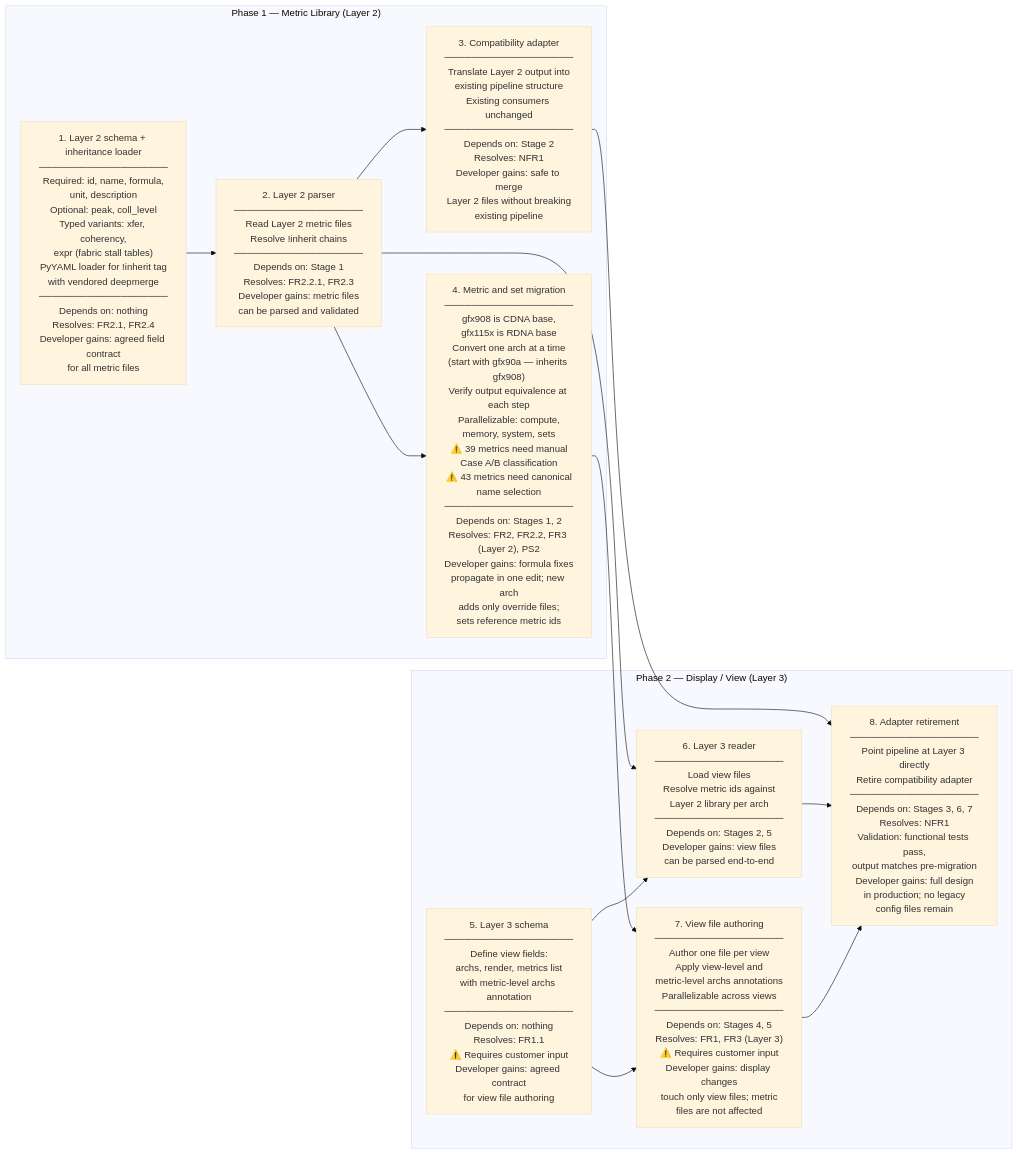
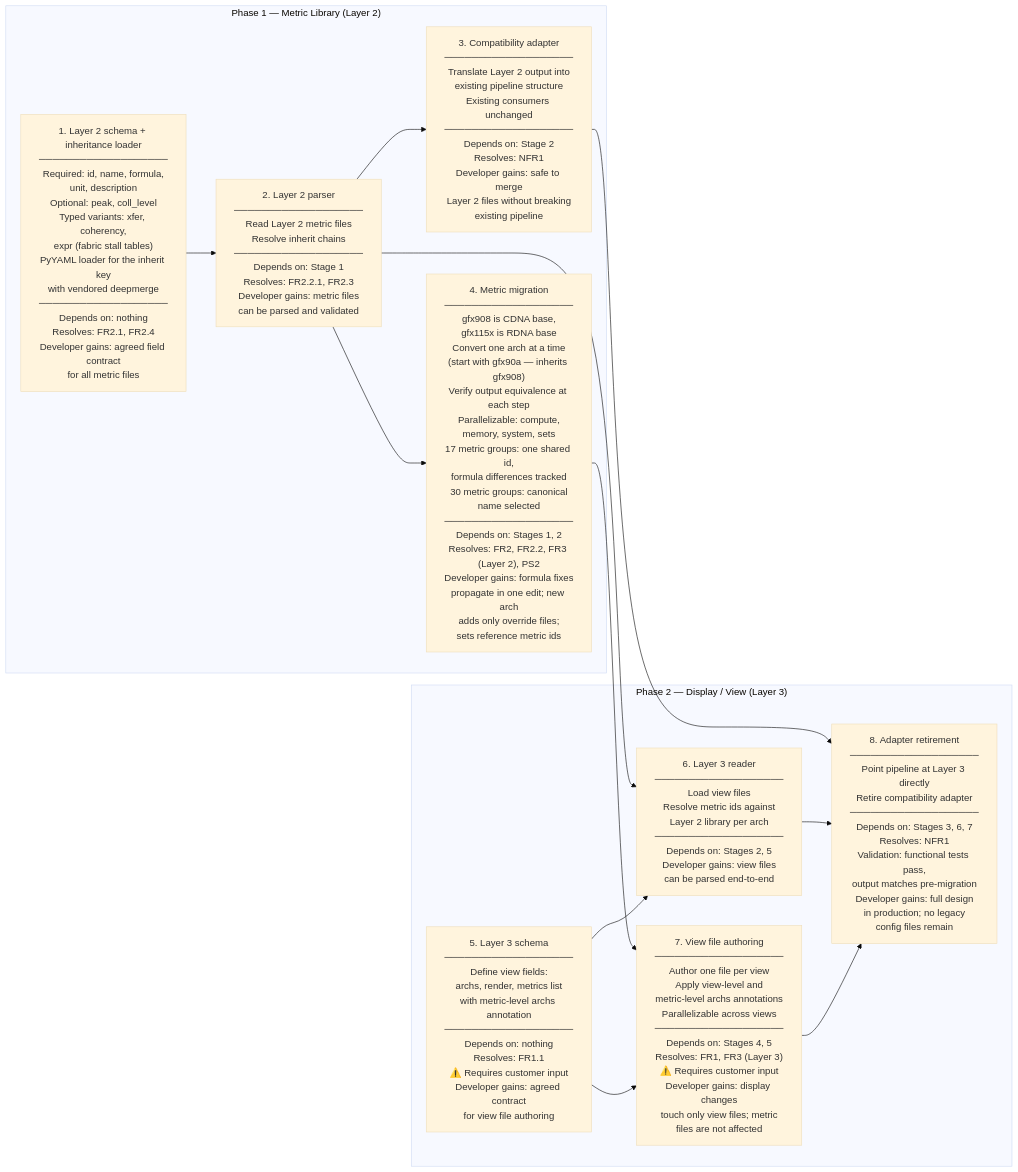
One commit to ROCm/rocm-systems changed the fifth of 5 diagrams in projects/rocprofiler-compute/docs/design/analysis-config-redesign/hld-analysis-config-redesign.md. Above: the diagram before and after it, drawn with Mermaid (base theme). The commit also changed other lines of this file and 3 other files, not shown here.

````diff
--- a/projects/rocprofiler-compute/docs/design/analysis-config-redesign/hld-analysis-config-redesign.md
+++ b/projects/rocprofiler-compute/docs/design/analysis-config-redesign/hld-analysis-config-redesign.md
@@ -492,27 +494,27 @@
 ```mermaid
 flowchart LR
     subgraph P1["Phase 1 — Metric Library (Layer 2)"]
-        s1["1. Layer 2 schema + inheritance loader\n───────────────────\nRequired: id, name, formula,\nunit, description\nOptional: peak, coll_level\nTyped variants: xfer, coherency,\nexpr (fabric stall tables)\nPyYAML loader for !inherit tag\nwith vendored deepmerge\n───────────────────\nDepends on: nothing\nResolves: FR2.1, FR2.4\nDeveloper gains: agreed field contract\nfor all metric files"]
-        s2["2. Layer 2 parser\n───────────────────\nRead Layer 2 metric files\nResolve !inherit chains\n───────────────────\nDepends on: Stage 1\nResolves: FR2.2.1, FR2.3\nDeveloper gains: metric files\ncan be parsed and validated"]
+        s1["1. Layer 2 schema + inheritance loader\n───────────────────\nRequired: id, name, formula,\nunit, description\nOptional: peak, coll_level\nTyped variants: xfer, coherency,\nexpr (fabric stall tables)\nPyYAML loader for the inherit key\nwith vendored deepmerge\n───────────────────\nDepends on: nothing\nResolves: FR2.1, FR2.4\nDeveloper gains: agreed field contract\nfor all metric files"]
+        s2["2. Layer 2 parser\n───────────────────\nRead Layer 2 metric files\nResolve inherit chains\n───────────────────\nDepends on: Stage 1\nResolves: FR2.2.1, FR2.3\nDeveloper gains: metric files\ncan be parsed and validated"]
         s3["3. Compatibility adapter\n───────────────────\nTranslate Layer 2 output into\nexisting pipeline structure\nExisting consumers unchanged\n───────────────────\nDepends on: Stage 2\nResolves: NFR1\nDeveloper gains: safe to merge\nLayer 2 files without breaking\nexisting pipeline"]
-        s4["4. Metric and set migration\n───────────────────\ngfx908 is CDNA base,\ngfx115x is RDNA base\nConvert one arch at a time\n(start with gfx90a — inherits gfx908)\nVerify output equivalence at each step\nParallelizable: compute,\nmemory, system, sets\n⚠️ 39 metrics need manual\nCase A/B classification\n⚠️ 43 metrics need canonical\nname selection\n───────────────────\nDepends on: Stages 1, 2\nResolves: FR2, FR2.2, FR3 (Layer 2), PS2\nDeveloper gains: formula fixes\npropagate in one edit; new arch\nadds only override files;\nsets reference metric ids"]
+        s4["4. Metric migration\n───────────────────\ngfx908 is CDNA base,\ngfx115x is RDNA base\nConvert one arch at a time\n(start with gfx90a — inherits gfx908)\nVerify output equivalence at each step\nParallelizable: compute,\nmemory, system, sets\n17 metric groups: one shared id,\nformula differences tracked\n30 metric groups: canonical\nname selected\n───────────────────\nDepends on: Stages 1, 2\nResolves: FR2, FR2.2, FR3 (Layer 2), PS2\nDeveloper gains: formula fixes\npropagate in one edit; new arch\nadds only override files;\nsets reference metric ids"]
     end
 
     subgraph P2["Phase 2 — Display / View (Layer 3)"]
         s5["5. Layer 3 schema\n───────────────────\nDefine view fields:\narchs, render, metrics list\nwith metric-level archs annotation\n───────────────────\nDepends on: nothing\nResolves: FR1.1\n⚠️ Requires customer input\nDeveloper gains: agreed contract\nfor view file authoring"]
         s6["6. Layer 3 reader\n───────────────────\nLoad view files\nResolve metric ids against\nLayer 2 library per arch\n───────────────────\nDepends on: Stages 2, 5\nDeveloper gains: view files\ncan be parsed end-to-end"]
         s7["7. View file authoring\n───────────────────\nAuthor one file per view\nApply view-level and\nmetric-level archs annotations\nParallelizable across views\n───────────────────\nDepends on: Stages 4, 5\nResolves: FR1, FR3 (Layer 3)\n⚠️ Requires customer input\nDeveloper gains: display changes\ntouch only view files; metric\nfiles are not affected"]
         s8["8. Adapter retirement\n───────────────────\nPoint pipeline at Layer 3 directly\nRetire compatibility adapter\n───────────────────\nDepends on: Stages 3, 6, 7\nResolves: NFR1\nValidation: functional tests pass,\noutput matches pre-migration\nDeveloper gains: full design\nin production; no legacy\nconfig files remain"]
     end
 
     s1 --> s2
     s2 --> s3
     s2 --> s4
     s2 --> s6
     s3 --> s8
     s4 --> s7
     s5 --> s6
     s5 --> s7
     s6 --> s8
     s7 --> s8
 ```
````
